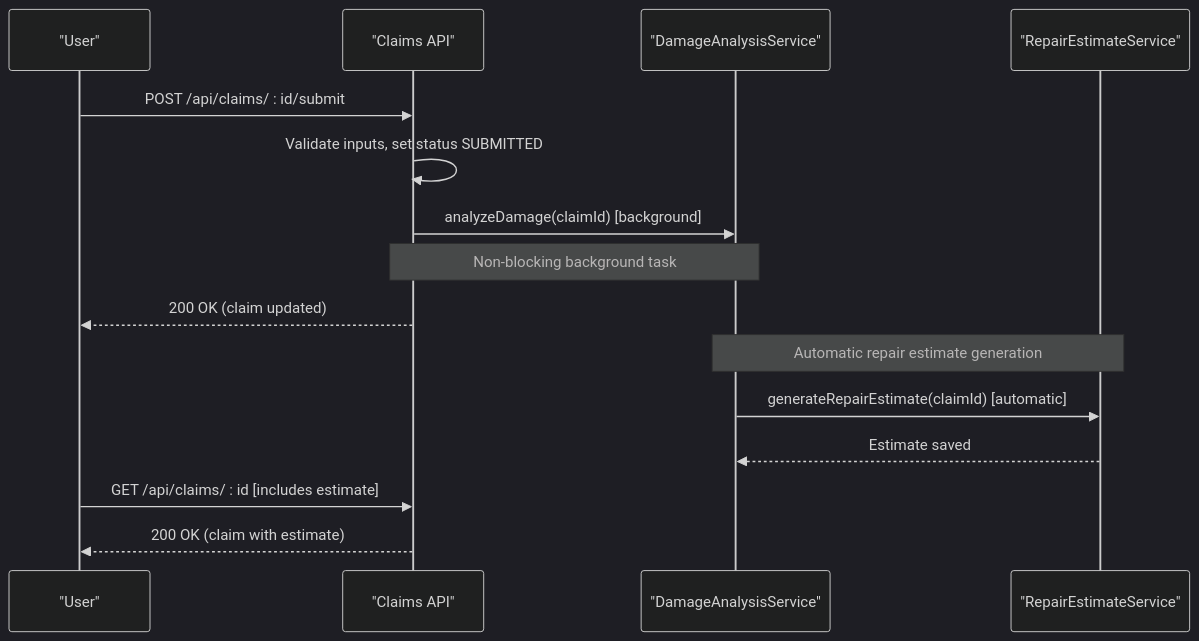
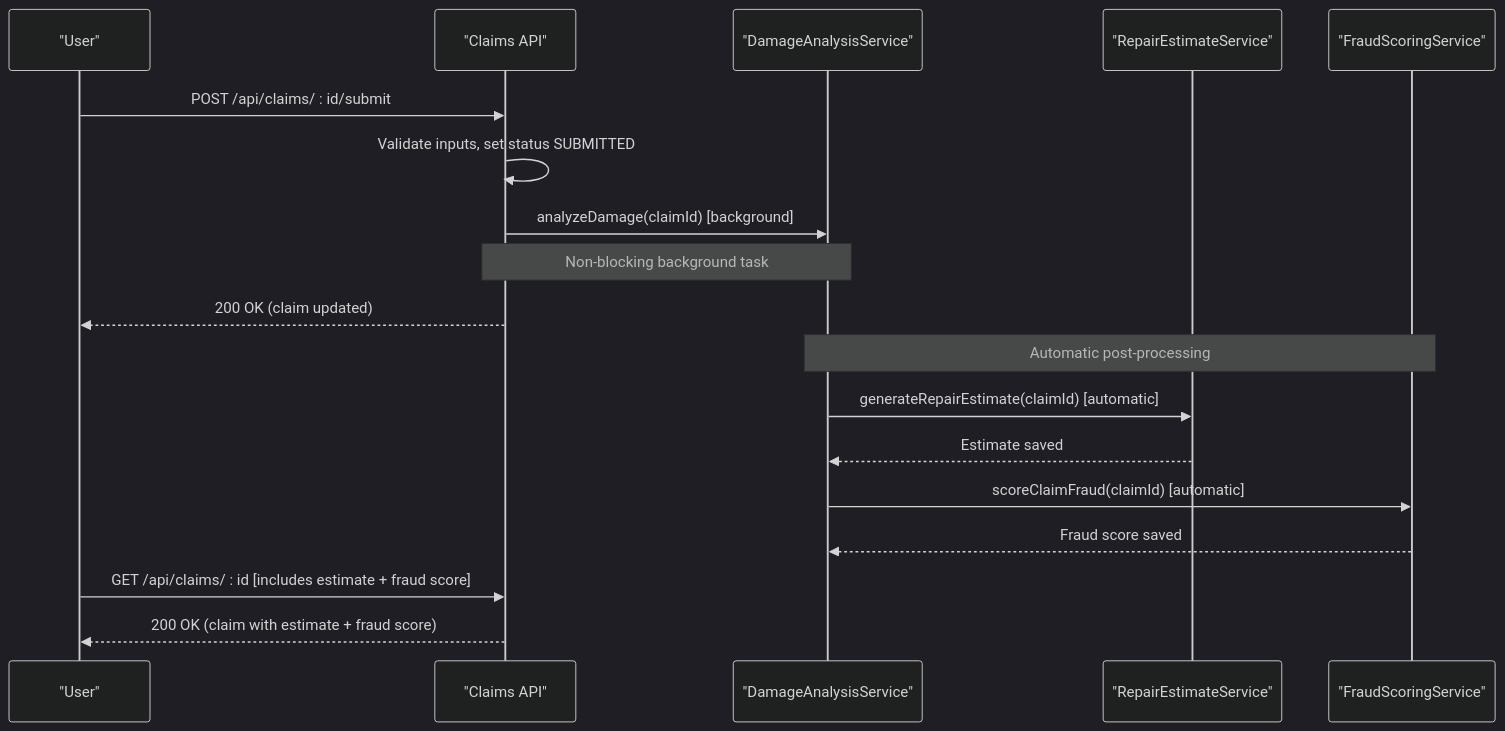
Before and after one commit to NaveenHiranya/Smart-Vehicle-Insurance-Claim-System: the fifth of 6 diagrams in .qoder/repowiki/en/content/Backend Documentation/Business Logic & Services/Damage Analysis Service.md, drawn with Mermaid (dark theme). The commit also changed other lines of this file and 17 other files, not shown here.

Commit message:
feat: Fraud Score

````diff
--- a/.qoder/repowiki/en/content/Backend Documentation/Business Logic & Services/Damage Analysis Service.md
+++ b/.qoder/repowiki/en/content/Backend Documentation/Business Logic & Services/Damage Analysis Service.md
@@ -333,17 +390,20 @@
 ```mermaid
 sequenceDiagram
 participant U as "User"
 participant API as "Claims API"
 participant DAS as "DamageAnalysisService"
 participant RES as "RepairEstimateService"
+participant FRS as "FraudScoringService"
 U->>API : POST /api/claims/ : id/submit
 API->>API : Validate inputs, set status SUBMITTED
 API->>DAS : analyzeDamage(claimId) [background]
 Note over API,DAS : Non-blocking background task
 API-->>U : 200 OK (claim updated)
-Note over DAS,RES : Automatic repair estimate generation
+Note over DAS,FRS : Automatic post-processing
 DAS->>RES : generateRepairEstimate(claimId) [automatic]
 RES-->>DAS : Estimate saved
-U->>API : GET /api/claims/ : id [includes estimate]
-API-->>U : 200 OK (claim with estimate)
+DAS->>FRS : scoreClaimFraud(claimId) [automatic]
+FRS-->>DAS : Fraud score saved
+U->>API : GET /api/claims/ : id [includes estimate + fraud score]
+API-->>U : 200 OK (claim with estimate + fraud score)
 ```
````
